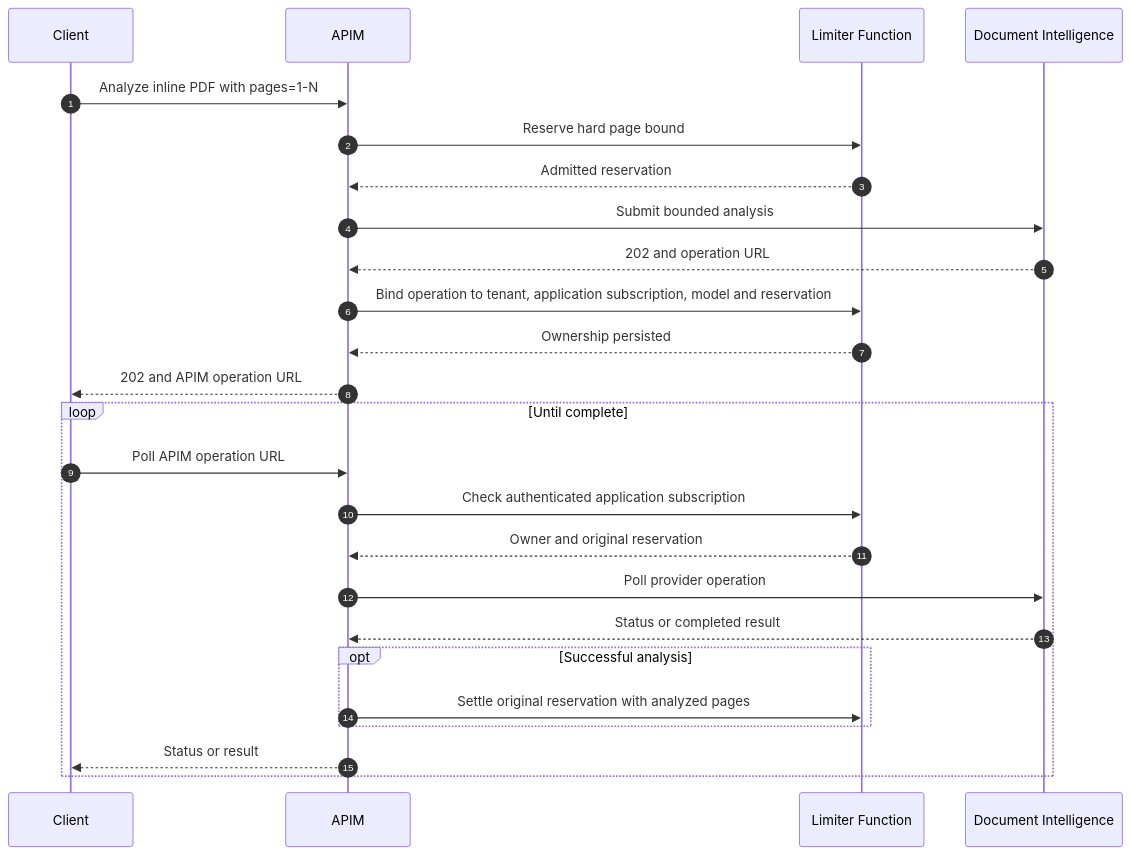
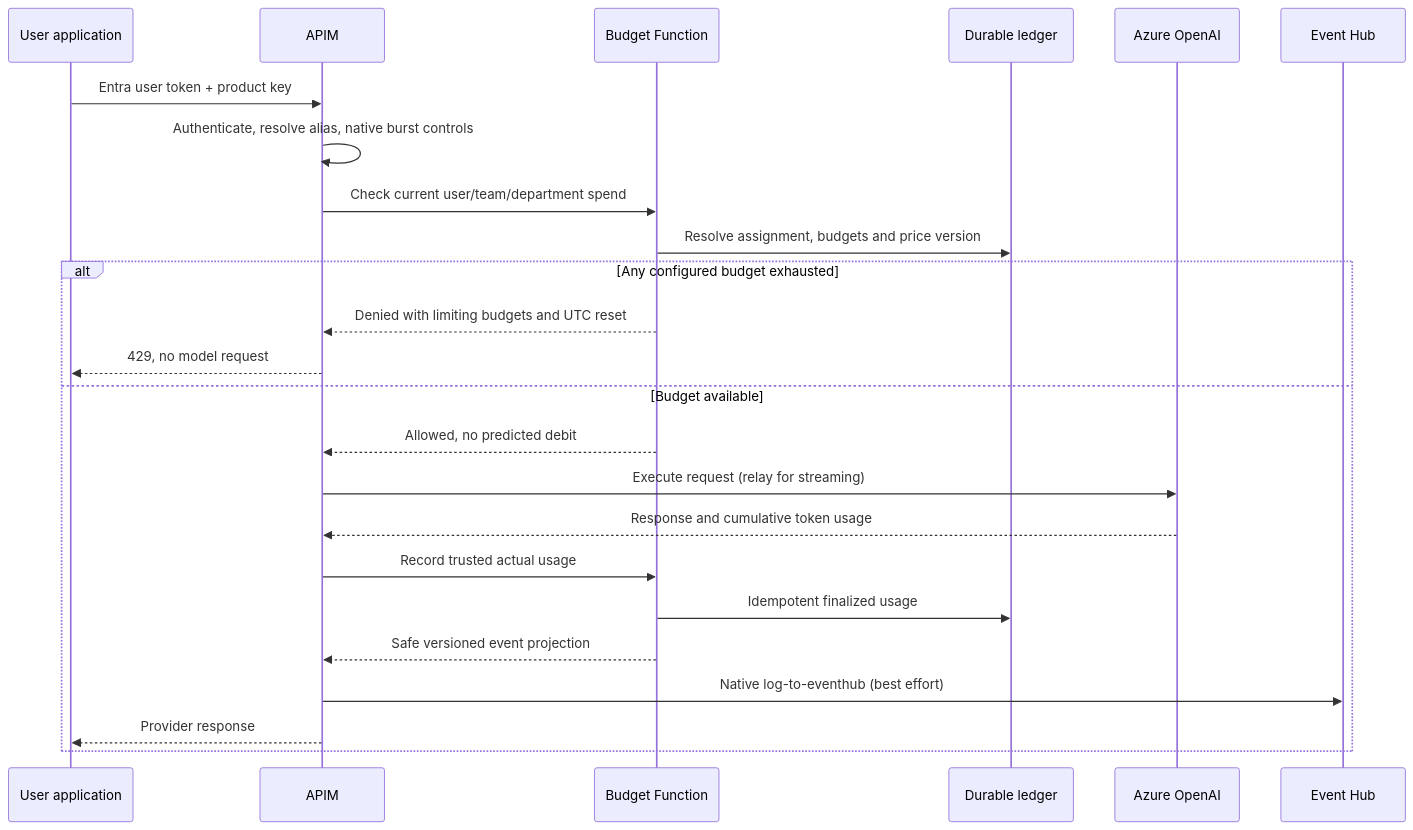
The diagram in ARCHITECTURE.md (jordanbean-msft/apim-rate-limit-foundry), drawn with Mermaid before and after one commit. The commit also changed other lines of this file and 31 other files, not shown here.

First line of the commit message:
docs: consolidate post-request budgets and OpenAI gateway guidance

````diff
--- a/ARCHITECTURE.md
+++ b/ARCHITECTURE.md
@@ -101,27 +26,26 @@
 ```mermaid
 sequenceDiagram
-    autonumber
-    participant C as Client
-    participant G as APIM
-    participant F as Limiter Function
-    participant B as Document Intelligence
-    C->>G: Analyze inline PDF with pages=1-N
-    G->>F: Reserve hard page bound
-    F-->>G: Admitted reservation
-    G->>B: Submit bounded analysis
-    B-->>G: 202 and operation URL
-    G->>F: Bind operation to tenant, application subscription, model and reservation
-    F-->>G: Ownership persisted
-    G-->>C: 202 and APIM operation URL
-    loop Until complete
-        C->>G: Poll APIM operation URL
-        G->>F: Check authenticated application subscription
-        F-->>G: Owner and original reservation
-        G->>B: Poll provider operation
-        B-->>G: Status or completed result
-        opt Successful analysis
-            G->>F: Settle original reservation with analyzed pages
-        end
-        G-->>C: Status or result
+    participant C as User application
+    participant A as APIM
+    participant F as Budget Function
+    participant T as Durable ledger
+    participant O as Azure OpenAI
+    participant E as Event Hub
+    C->>A: Entra user token + product key
+    A->>A: Authenticate, resolve alias, native burst controls
+    A->>F: Check current user/team/department spend
+    F->>T: Resolve assignment, budgets and price version
+    alt Any configured budget exhausted
+        F-->>A: Denied with limiting budgets and UTC reset
+        A-->>C: 429, no model request
+    else Budget available
+        F-->>A: Allowed, no predicted debit
+        A->>O: Execute request (relay for streaming)
+        O-->>A: Response and cumulative token usage
+        A->>F: Record trusted actual usage
+        F->>T: Idempotent finalized usage
+        F-->>A: Safe versioned event projection
+        A->>E: Native log-to-eventhub (best effort)
+        A-->>C: Provider response
     end
 ```
````
